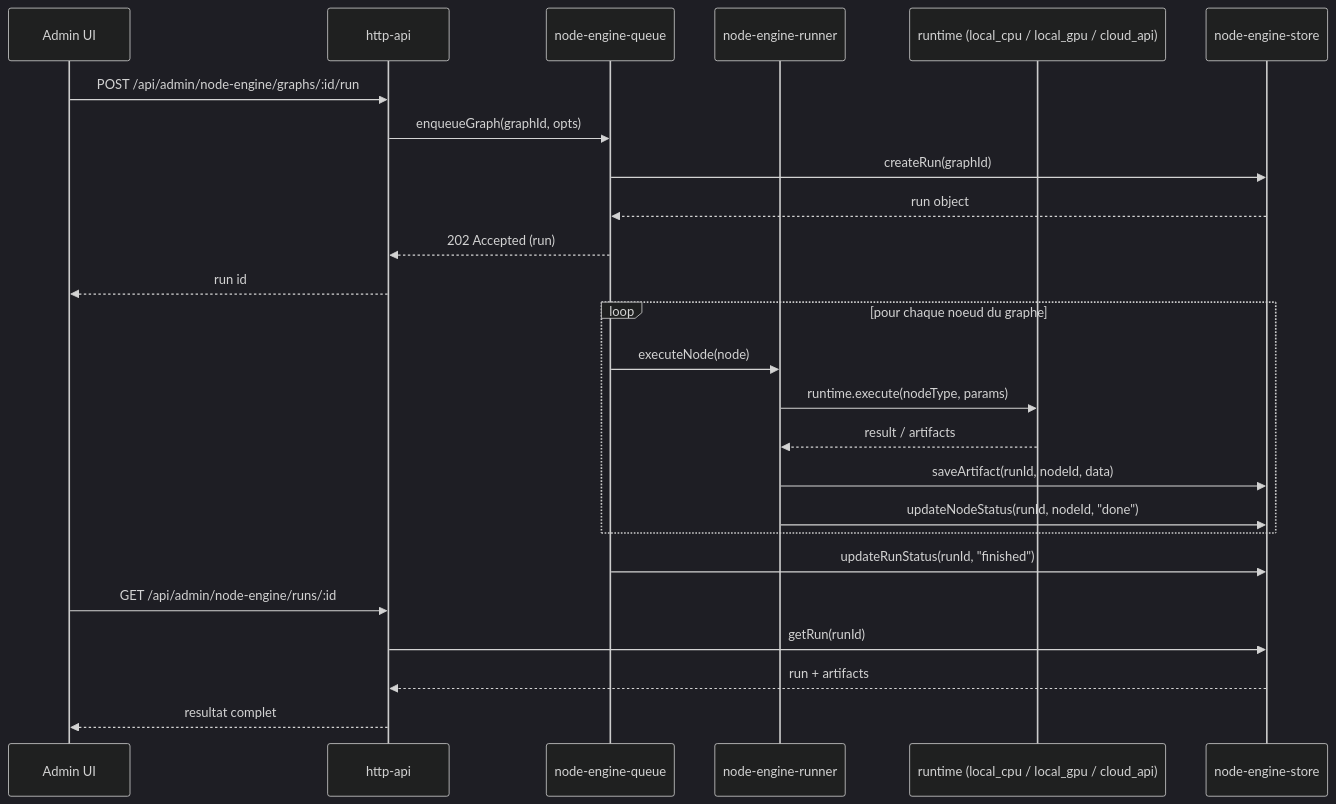
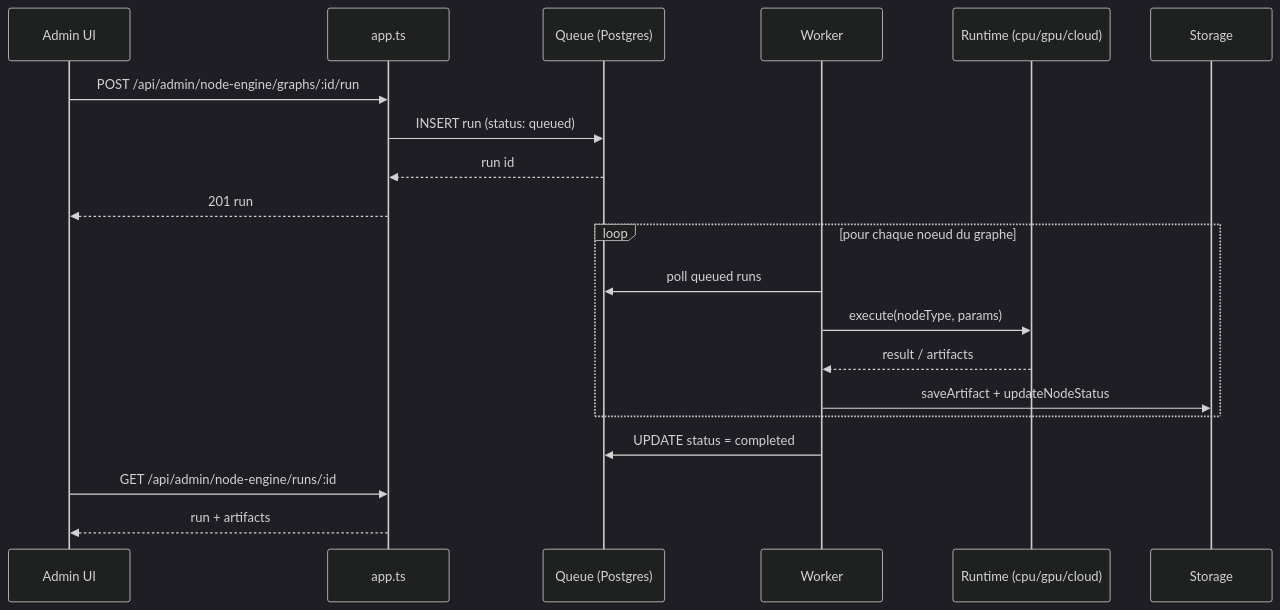
Before and after one commit to electron-rare/kxkm_clown: the ninth of 14 diagrams in docs/ARCHITECTURE.md, drawn with Mermaid (dark theme). The commit also changed other lines of this file and 6 other files, not shown here.

````diff
--- a/docs/ARCHITECTURE.md
+++ b/docs/ARCHITECTURE.md
@@ -192,30 +332,25 @@
 ```mermaid
 sequenceDiagram
     participant Admin as Admin UI
-    participant API as http-api
-    participant Q as node-engine-queue
-    participant R as node-engine-runner
-    participant RT as runtime (local_cpu / local_gpu / cloud_api)
-    participant S as node-engine-store
+    participant API as app.ts
+    participant Q as Queue (Postgres)
+    participant W as Worker
+    participant RT as Runtime (cpu/gpu/cloud)
+    participant S as Storage
 
     Admin->>API: POST /api/admin/node-engine/graphs/:id/run
-    API->>Q: enqueueGraph(graphId, opts)
-    Q->>S: createRun(graphId)
-    S-->>Q: run object
-    Q-->>API: 202 Accepted (run)
-    API-->>Admin: run id
+    API->>Q: INSERT run (status: queued)
+    Q-->>API: run id
+    API-->>Admin: 201 run
 
     loop pour chaque noeud du graphe
-        Q->>R: executeNode(node)
-        R->>RT: runtime.execute(nodeType, params)
-        RT-->>R: result / artifacts
-        R->>S: saveArtifact(runId, nodeId, data)
-        R->>S: updateNodeStatus(runId, nodeId, "done")
+        W->>Q: poll queued runs
+        W->>RT: execute(nodeType, params)
+        RT-->>W: result / artifacts
+        W->>S: saveArtifact + updateNodeStatus
     end
 
-    Q->>S: updateRunStatus(runId, "finished")
+    W->>Q: UPDATE status = completed
     Admin->>API: GET /api/admin/node-engine/runs/:id
-    API->>S: getRun(runId)
-    S-->>API: run + artifacts
-    API-->>Admin: resultat complet
+    API-->>Admin: run + artifacts
 ```
````
